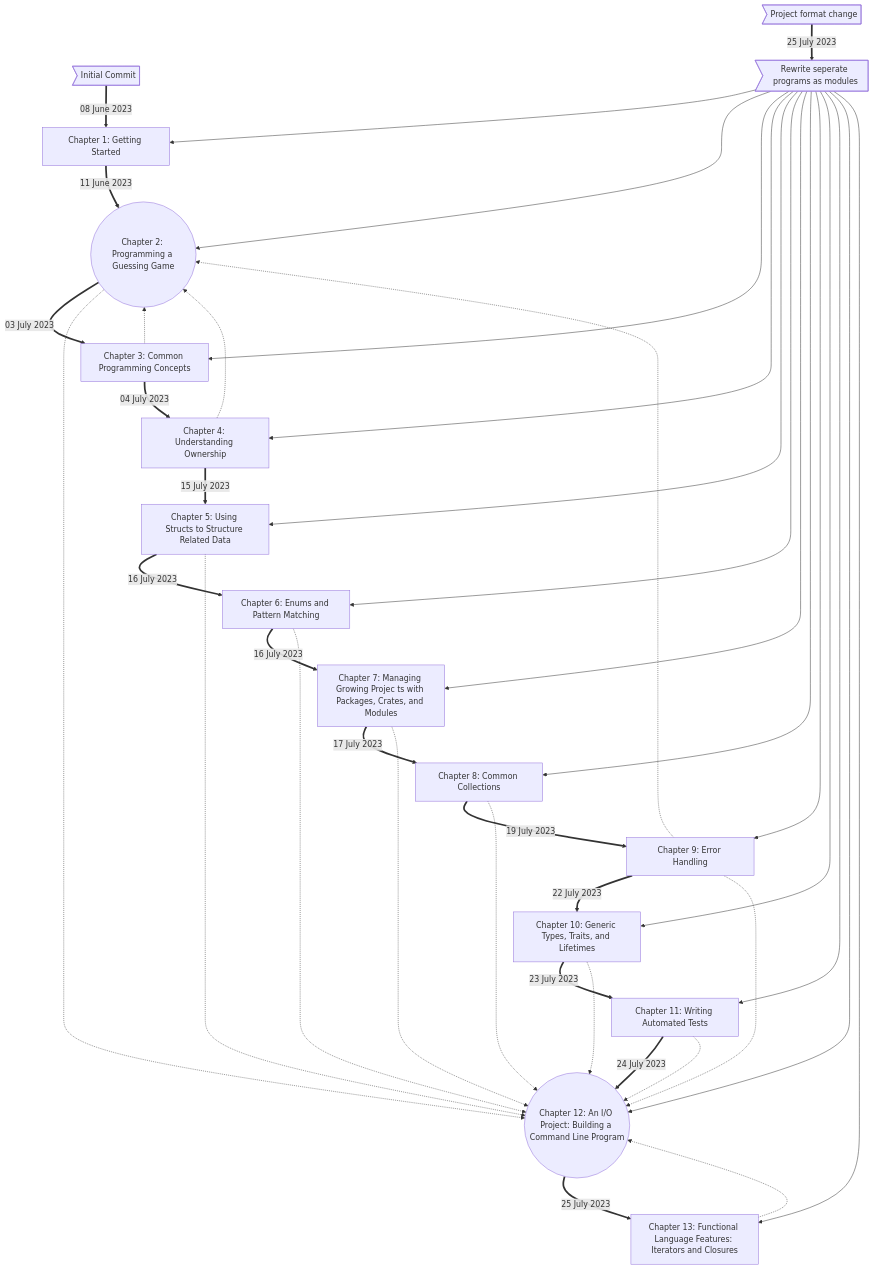
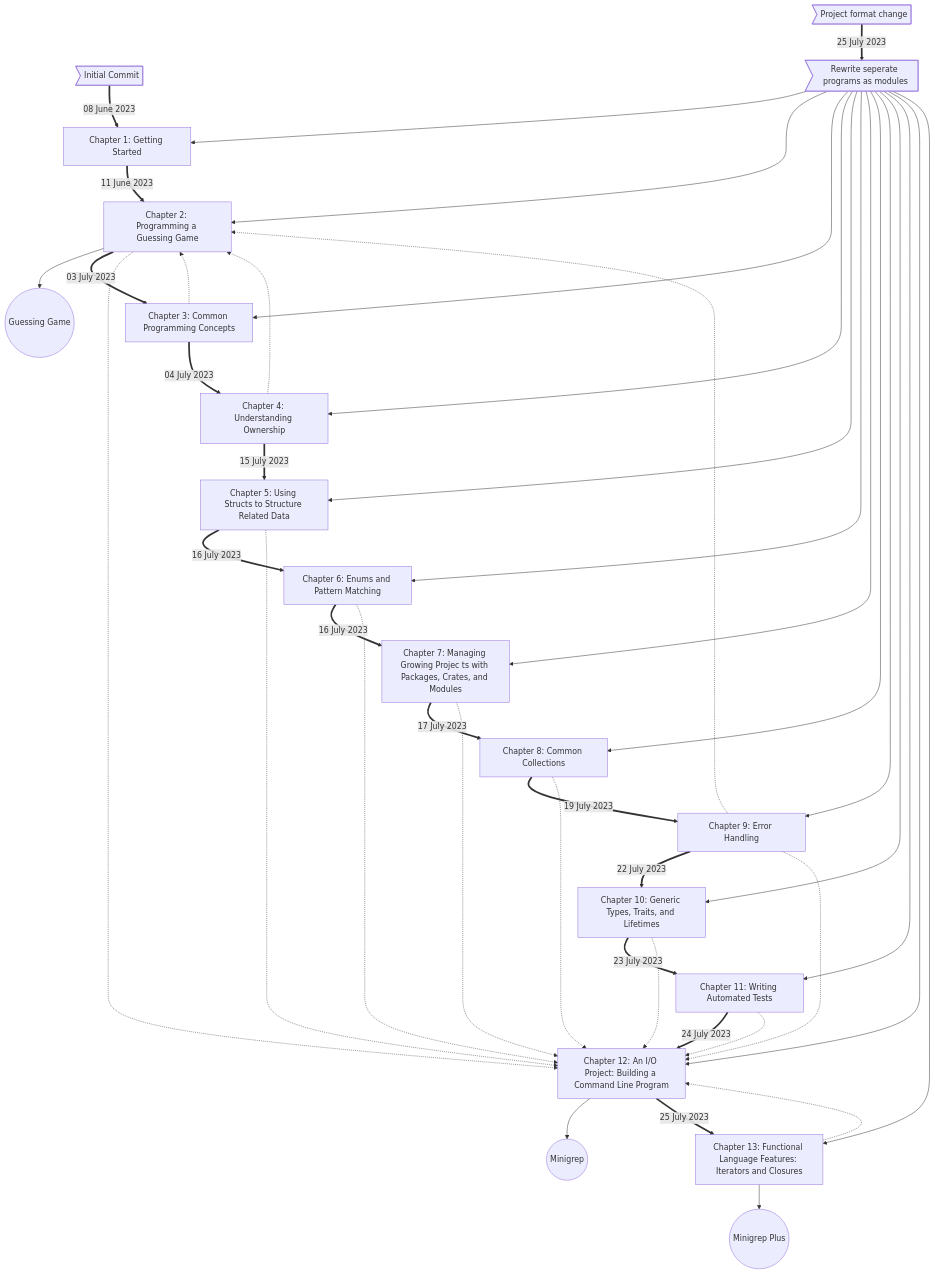
Before and after one commit to c4collins/the-rust-programming-language-rust-2021: the diagram in README.md, drawn with Mermaid. The commit also changed other lines of this file and 5 other files, not shown here.

````diff
--- a/README.md
+++ b/README.md
@@ -19,50 +19,54 @@
 ```mermaid 
 flowchart TD
     0> Initial Commit ] == 08 June 2023 ==> 1[Chapter 1: Getting Started]
-    1 == 11 June 2023 ==> 2((Chapter 2: Programming a Guessing Game))
+    1 == 11 June 2023 ==> 2[Chapter 2: Programming a Guessing Game]
+    2 --> P1((Guessing Game))
 
     2 == 03 July 2023 ==> 3[Chapter 3: Common Programming Concepts]
     3 -.-> 2
 
     3 == 04 July 2023 ==> 4[Chapter 4: Understanding Ownership]
     4 -.-> 2
 
     4 == 15 July 2023 ==> 5[Chapter 5: Using Structs to Structure Related Data]
     5 == 16 July 2023 ==> 6[Chapter 6: Enums and Pattern Matching]
     6 == 16 July 2023 ==> 7[Chapter 7: Managing Growing Projec ts with Packages, Crates, and Modules]
     7 == 17 July 2023 ==> 8[Chapter 8: Common Collections]
     8 == 19 July 2023 ==> 9[Chapter 9: Error Handling]
 
     9 == 22 July 2023 ==> 10[Chapter 10: Generic Types, Traits, and Lifetimes]
     9 -.-> 2
 
     10 == 23 July 2023 ==> 11[Chapter 11: Writing Automated Tests]
 
-    11 == 24 July 2023 ==> 12((Chapter 12: An I/O Project: Building a Command Line Program))
+    11 == 24 July 2023 ==> 12[Chapter 12: An I/O Project: Building a Command Line Program]
     2 -.-> 12
     5 -.-> 12
     6 -.-> 12
     7 -.-> 12
     8 -.-> 12
     9 -.-> 12
     10 -.-> 12
     11 -.-> 12
+    12 --> P2((Minigrep))
+
 
     00> Project format change ] == 25 July 2023 ==> 000> Rewrite seperate programs as modules ]
     000 --> 1
     000 --> 2
     000 --> 3
     000 --> 4
     000 --> 5
     000 --> 6
     000 --> 7
     000 --> 8
     000 --> 9
     000 --> 10
     000 --> 11
     000 --> 12
     000 --> 13
 
     12 == 25 July 2023 ==> 13[Chapter 13: Functional Language Features: Iterators and Closures]
     13 -.-> 12
+    13 --> P3((Minigrep Plus))
 ```
````
